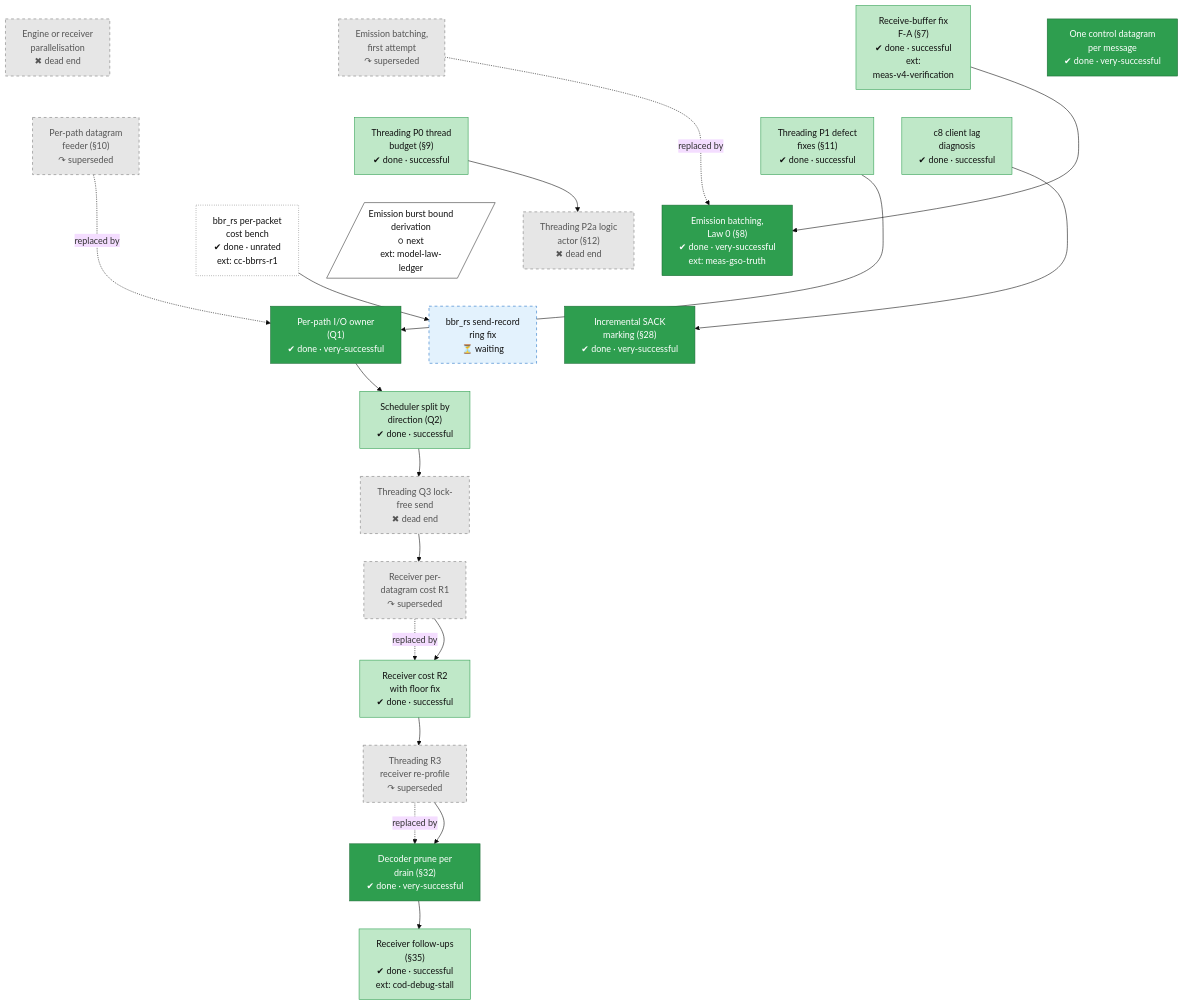
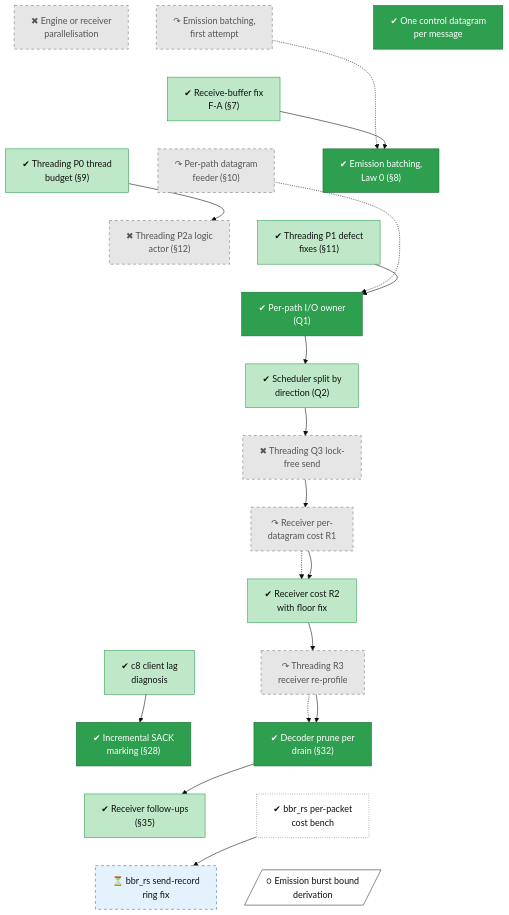
One commit to lhns/raptorpath changed the diagram in docs/roadmap/tracks/perf.md. Above: the diagram before and after it, drawn with Mermaid (base theme). The commit also changed 15 other files, not shown here.

Commit message:
roadmap: one direction (time) in every diagram, shorter labels, text legend, timeline on its own page, owner decisions kept out of diagrams

````diff
--- a/docs/roadmap/tracks/perf.md
+++ b/docs/roadmap/tracks/perf.md
@@ -10,92 +10,62 @@
 ```mermaid
 flowchart TB
-    perf_parallelisation["Engine or receiver<br/>parallelisation<br/>✖ dead end"]
-    perf_emit_batch_v1["Emission batching,<br/>first attempt<br/>↷ superseded"]
-    perf_ack_merge["One control datagram<br/>per message<br/>✔ done · very-successful"]
-    perf_rcvbuf["Receive-buffer fix<br/>F-A (#167;7)<br/>✔ done · successful<br/>ext:<br/>meas-v4-verification"]
-    perf_emit_batch_law0["Emission batching,<br/>Law 0 (#167;8)<br/>✔ done · very-successful<br/>ext: meas-gso-truth"]
-    perf_quic_feeder["Per-path datagram<br/>feeder (#167;10)<br/>↷ superseded"]
-    perf_threading_p0["Threading P0 thread<br/>budget (#167;9)<br/>✔ done · successful"]
-    perf_threading_p1["Threading P1 defect<br/>fixes (#167;11)<br/>✔ done · successful"]
-    perf_threading_p2a["Threading P2a logic<br/>actor (#167;12)<br/>✖ dead end"]
-    perf_io_owner["Per-path I/O owner<br/>(Q1)<br/>✔ done · very-successful"]
-    perf_sched_split["Scheduler split by<br/>direction (Q2)<br/>✔ done · successful"]
-    perf_q3_investigation["Threading Q3 lock-<br/>free send<br/>✖ dead end"]
-    perf_receiver_r1["Receiver per-<br/>datagram cost R1<br/>↷ superseded"]
-    perf_receiver_r2["Receiver cost R2<br/>with floor fix<br/>✔ done · successful"]
-    perf_threading_r3["Threading R3<br/>receiver re-profile<br/>↷ superseded"]
-    perf_c8_lag["c8 client lag<br/>diagnosis<br/>✔ done · successful"]
-    perf_incremental_sack["Incremental SACK<br/>marking (#167;28)<br/>✔ done · very-successful"]
-    perf_decoder_prune["Decoder prune per<br/>drain (#167;32)<br/>✔ done · very-successful"]
-    perf_receiver_followups["Receiver follow-ups<br/>(#167;35)<br/>✔ done · successful<br/>ext: cod-debug-stall"]
-    perf_bbrrs_ns_cost["bbr_rs per-packet<br/>cost bench<br/>✔ done · unrated<br/>ext: cc-bbrrs-r1"]
-    perf_bbrrs_ring_fix["bbr_rs send-record<br/>ring fix<br/>⏳ waiting"]
-    perf_fix_burst_bound[/"Emission burst bound<br/>derivation<br/>○ next<br/>ext: model-law-<br/>ledger"/]
-    perf_parallelisation ~~~ perf_quic_feeder
-    perf_parallelisation ~~~ perf_threading_p0
-    perf_parallelisation ~~~ perf_threading_p1
-    perf_parallelisation ~~~ perf_c8_lag
-    perf_emit_batch_v1 ~~~ perf_quic_feeder
-    perf_emit_batch_v1 ~~~ perf_threading_p0
-    perf_emit_batch_v1 ~~~ perf_threading_p1
-    perf_emit_batch_v1 ~~~ perf_c8_lag
-    perf_ack_merge ~~~ perf_quic_feeder
-    perf_ack_merge ~~~ perf_threading_p0
-    perf_ack_merge ~~~ perf_threading_p1
-    perf_ack_merge ~~~ perf_c8_lag
+    perf_parallelisation["✖ Engine or receiver<br/>parallelisation"]
+    perf_emit_batch_v1["↷ Emission batching,<br/>first attempt"]
+    perf_ack_merge["✔ One control datagram<br/>per message"]
+    perf_rcvbuf["✔ Receive-buffer fix<br/>F-A (#167;7)"]
+    perf_emit_batch_law0["✔ Emission batching,<br/>Law 0 (#167;8)"]
+    perf_quic_feeder["↷ Per-path datagram<br/>feeder (#167;10)"]
+    perf_threading_p0["✔ Threading P0 thread<br/>budget (#167;9)"]
+    perf_threading_p1["✔ Threading P1 defect<br/>fixes (#167;11)"]
+    perf_threading_p2a["✖ Threading P2a logic<br/>actor (#167;12)"]
+    perf_io_owner["✔ Per-path I/O owner<br/>(Q1)"]
+    perf_sched_split["✔ Scheduler split by<br/>direction (Q2)"]
+    perf_q3_investigation["✖ Threading Q3 lock-<br/>free send"]
+    perf_receiver_r1["↷ Receiver per-<br/>datagram cost R1"]
+    perf_receiver_r2["✔ Receiver cost R2<br/>with floor fix"]
+    perf_threading_r3["↷ Threading R3<br/>receiver re-profile"]
+    perf_c8_lag["✔ c8 client lag<br/>diagnosis"]
+    perf_incremental_sack["✔ Incremental SACK<br/>marking (#167;28)"]
+    perf_decoder_prune["✔ Decoder prune per<br/>drain (#167;32)"]
+    perf_receiver_followups["✔ Receiver follow-ups<br/>(#167;35)"]
+    perf_bbrrs_ns_cost["✔ bbr_rs per-packet<br/>cost bench"]
+    perf_bbrrs_ring_fix["⏳ bbr_rs send-record<br/>ring fix"]
+    perf_fix_burst_bound[/"○ Emission burst bound<br/>derivation"/]
+    perf_parallelisation ~~~ perf_rcvbuf
+    perf_emit_batch_v1 ~~~ perf_rcvbuf
+    perf_ack_merge ~~~ perf_rcvbuf
+    perf_rcvbuf ~~~ perf_emit_batch_law0
     perf_rcvbuf ~~~ perf_quic_feeder
     perf_rcvbuf ~~~ perf_threading_p0
-    perf_rcvbuf ~~~ perf_threading_p1
-    perf_rcvbuf ~~~ perf_c8_lag
-    perf_quic_feeder ~~~ perf_bbrrs_ns_cost
-    perf_quic_feeder ~~~ perf_fix_burst_bound
-    perf_quic_feeder ~~~ perf_emit_batch_law0
+    perf_emit_batch_law0 ~~~ perf_threading_p1
     perf_quic_feeder ~~~ perf_threading_p2a
-    perf_threading_p0 ~~~ perf_bbrrs_ns_cost
-    perf_threading_p0 ~~~ perf_fix_burst_bound
-    perf_threading_p0 ~~~ perf_emit_batch_law0
     perf_threading_p0 ~~~ perf_threading_p2a
-    perf_threading_p1 ~~~ perf_bbrrs_ns_cost
-    perf_threading_p1 ~~~ perf_fix_burst_bound
-    perf_threading_p1 ~~~ perf_emit_batch_law0
-    perf_threading_p1 ~~~ perf_threading_p2a
-    perf_c8_lag ~~~ perf_bbrrs_ns_cost
-    perf_c8_lag ~~~ perf_fix_burst_bound
-    perf_c8_lag ~~~ perf_emit_batch_law0
-    perf_c8_lag ~~~ perf_threading_p2a
-    perf_bbrrs_ns_cost ~~~ perf_io_owner
-    perf_bbrrs_ns_cost ~~~ perf_incremental_sack
-    perf_bbrrs_ns_cost ~~~ perf_bbrrs_ring_fix
-    perf_fix_burst_bound ~~~ perf_io_owner
-    perf_fix_burst_bound ~~~ perf_incremental_sack
-    perf_fix_burst_bound ~~~ perf_bbrrs_ring_fix
-    perf_emit_batch_law0 ~~~ perf_io_owner
-    perf_emit_batch_law0 ~~~ perf_incremental_sack
-    perf_emit_batch_law0 ~~~ perf_bbrrs_ring_fix
+    perf_threading_p1 ~~~ perf_io_owner
     perf_threading_p2a ~~~ perf_io_owner
-    perf_threading_p2a ~~~ perf_incremental_sack
-    perf_threading_p2a ~~~ perf_bbrrs_ring_fix
     perf_io_owner ~~~ perf_sched_split
-    perf_incremental_sack ~~~ perf_sched_split
-    perf_bbrrs_ring_fix ~~~ perf_sched_split
     perf_sched_split ~~~ perf_q3_investigation
     perf_q3_investigation ~~~ perf_receiver_r1
     perf_receiver_r1 ~~~ perf_receiver_r2
     perf_receiver_r2 ~~~ perf_threading_r3
-    perf_threading_r3 ~~~ perf_decoder_prune
-    perf_decoder_prune ~~~ perf_receiver_followups
-    perf_emit_batch_v1 -.->|replaced by| perf_emit_batch_law0
+    perf_receiver_r2 ~~~ perf_c8_lag
+    perf_threading_r3 ~~~ perf_incremental_sack
+    perf_c8_lag ~~~ perf_decoder_prune
+    perf_incremental_sack ~~~ perf_receiver_followups
+    perf_decoder_prune ~~~ perf_bbrrs_ns_cost
+    perf_receiver_followups ~~~ perf_bbrrs_ring_fix
+    perf_bbrrs_ns_cost ~~~ perf_fix_burst_bound
+    perf_emit_batch_v1 -.-> perf_emit_batch_law0
     perf_rcvbuf --> perf_emit_batch_law0
-    perf_quic_feeder -.->|replaced by| perf_io_owner
+    perf_quic_feeder -.-> perf_io_owner
     perf_threading_p0 --> perf_threading_p2a
     perf_threading_p1 --> perf_io_owner
     perf_io_owner --> perf_sched_split
     perf_sched_split --> perf_q3_investigation
     perf_q3_investigation --> perf_receiver_r1
-    perf_receiver_r1 -.->|replaced by| perf_receiver_r2
+    perf_receiver_r1 -.-> perf_receiver_r2
     perf_receiver_r1 --> perf_receiver_r2
     perf_receiver_r2 --> perf_threading_r3
-    perf_threading_r3 -.->|replaced by| perf_decoder_prune
+    perf_threading_r3 -.-> perf_decoder_prune
     perf_c8_lag --> perf_incremental_sack
     perf_threading_r3 --> perf_decoder_prune
     perf_decoder_prune --> perf_receiver_followups
````
